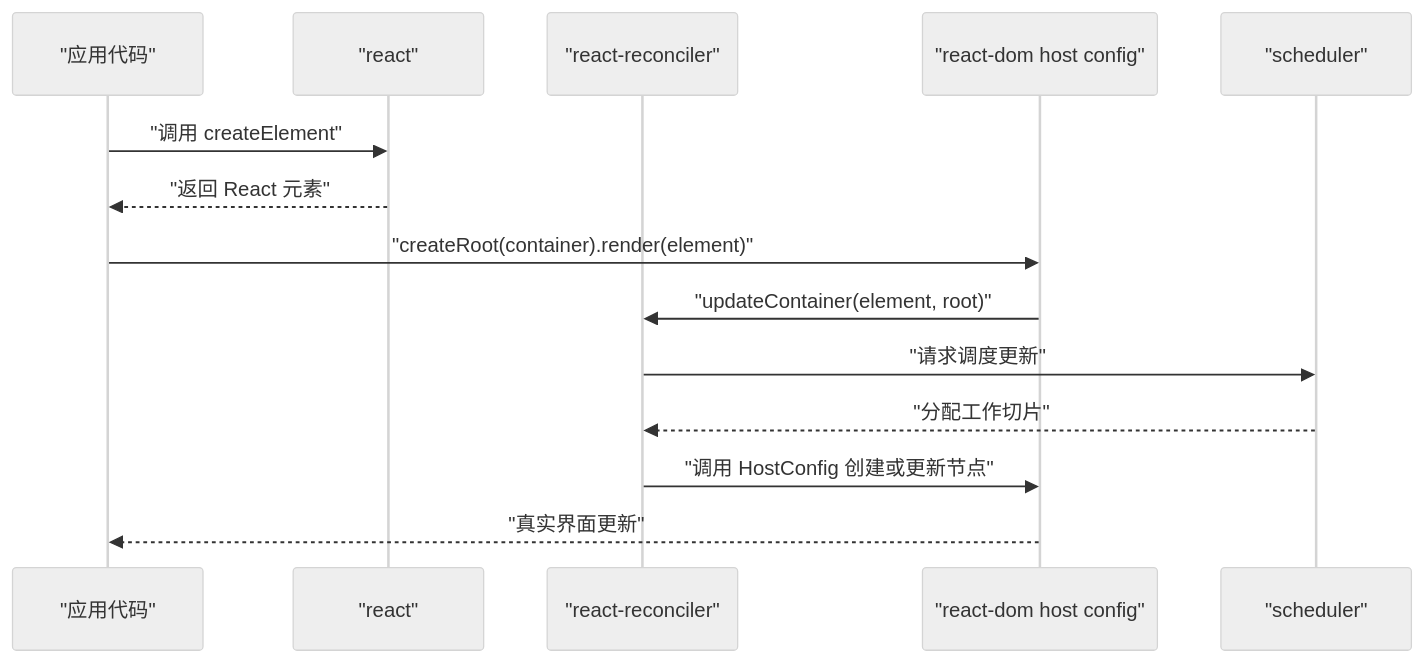
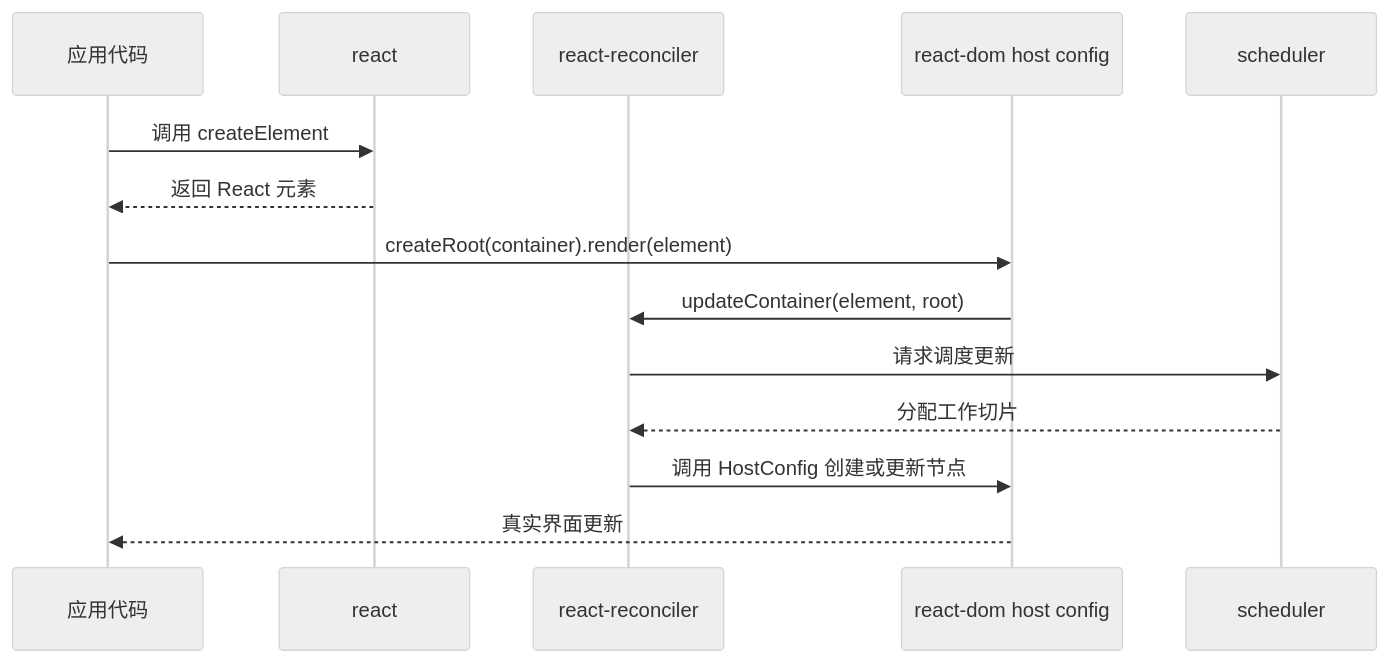
Before and after one commit to Shyu-x/frontend-interview: the second of 7 diagrams in docs/react/r19/why-split-packages-renderers.md, drawn with Mermaid (neutral theme). The commit also changed other lines of this file and 23 other files, not shown here.

First line of the commit message:
fix(docs): 修复 28 张无法渲染的 Mermaid 图，新增真实解析器校验与 PDF 下载页

````diff
--- a/docs/react/r19/why-split-packages-renderers.md
+++ b/docs/react/r19/why-split-packages-renderers.md
@@ -62,16 +62,16 @@
 ```mermaid
 sequenceDiagram
-  participant APP as "应用代码"
-  participant R as "react"
-  participant REC as "react-reconciler"
-  participant DOM as "react-dom host config"
-  participant S as "scheduler"
-  APP->>R: "调用 createElement"
-  R-->>APP: "返回 React 元素"
-  APP->>DOM: "createRoot(container).render(element)"
-  DOM->>REC: "updateContainer(element, root)"
-  REC->>S: "请求调度更新"
-  S-->>REC: "分配工作切片"
-  REC->>DOM: "调用 HostConfig 创建或更新节点"
-  DOM-->>APP: "真实界面更新"
+  participant APP as 应用代码
+  participant R as react
+  participant REC as react-reconciler
+  participant DOM as react-dom host config
+  participant S as scheduler
+  APP->>R: 调用 createElement
+  R-->>APP: 返回 React 元素
+  APP->>DOM: createRoot(container).render(element)
+  DOM->>REC: updateContainer(element, root)
+  REC->>S: 请求调度更新
+  S-->>REC: 分配工作切片
+  REC->>DOM: 调用 HostConfig 创建或更新节点
+  DOM-->>APP: 真实界面更新
 ```
````
